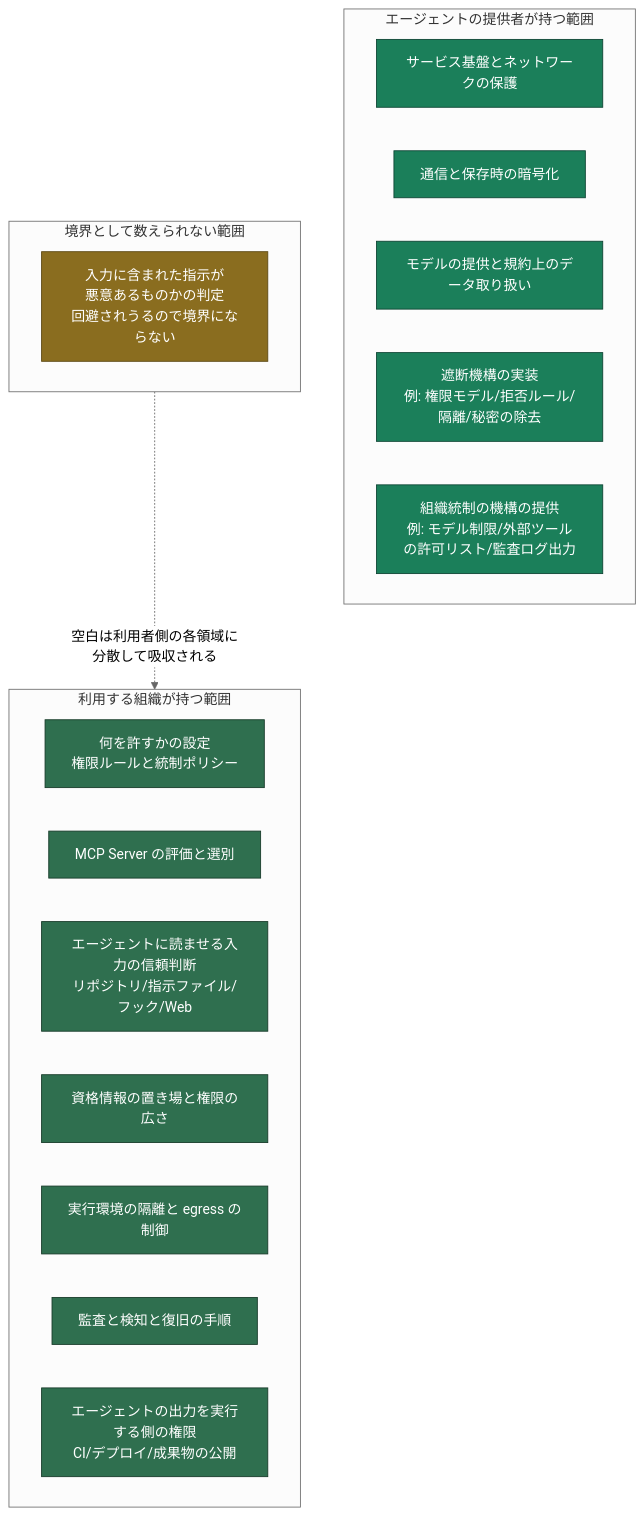
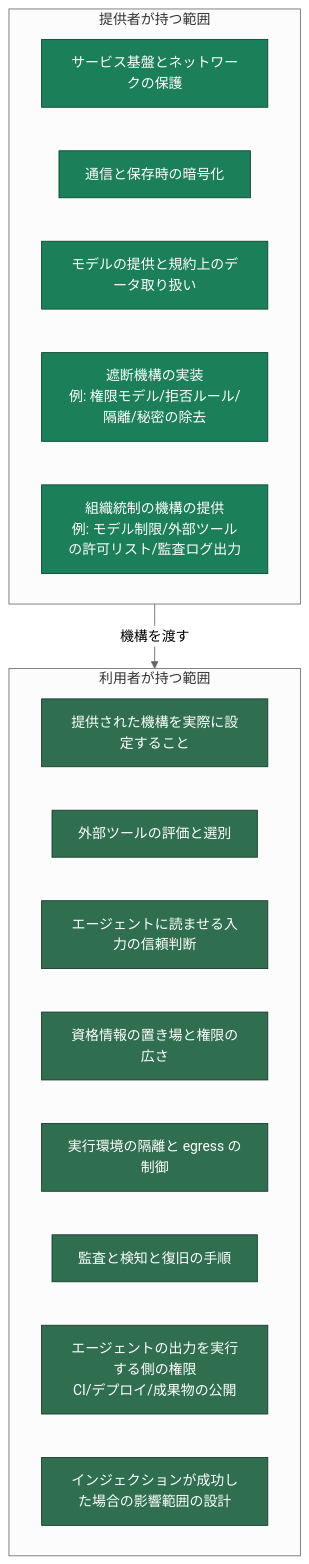
One commit to littlemex/zenn changed the second of 3 diagrams in articles/0f467b2807e1fc.md. Above: the diagram before and after it, drawn with Mermaid (neutral theme). The commit also changed other lines of this file, not shown here.

Commit message:
articles: 責任共有モデルを提供者と利用者の 2 つに整理し、一例であることを明示する

````diff
--- a/articles/0f467b2807e1fc.md
+++ b/articles/0f467b2807e1fc.md
@@ -127,33 +129,28 @@
 ```mermaid
 graph TB
-    subgraph PROVIDER["エージェントの提供者が持つ範囲"]
+    subgraph PROVIDER["提供者が持つ範囲"]
         A1[サービス基盤とネットワークの保護]
         A2[通信と保存時の暗号化]
         A3[モデルの提供と規約上のデータ取り扱い]
         A4[遮断機構の実装<br/>例: 権限モデル/拒否ルール/隔離/秘密の除去]
         A5[組織統制の機構の提供<br/>例: モデル制限/外部ツールの許可リスト/監査ログ出力]
     end
 
-    subgraph GAP["境界として数えられない範囲"]
-        G1[入力に含まれた指示が<br/>悪意あるものかの判定<br/>回避されうるので境界にならない]
-    end
-
-    subgraph CUST["利用する組織が持つ範囲"]
-        C1[何を許すかの設定<br/>権限ルールと統制ポリシー]
-        C2[MCP Server の評価と選別]
-        C3[エージェントに読ませる入力の信頼判断<br/>リポジトリ/指示ファイル/フック/Web]
+    subgraph CUST["利用者が持つ範囲"]
+        C1[提供された機構を実際に設定すること]
+        C2[外部ツールの評価と選別]
+        C3[エージェントに読ませる入力の信頼判断]
         C4[資格情報の置き場と権限の広さ]
         C5[実行環境の隔離と egress の制御]
         C6[監査と検知と復旧の手順]
         C7[エージェントの出力を実行する側の権限<br/>CI/デプロイ/成果物の公開]
+        C8[インジェクションが成功した場合の影響範囲の設計]
     end
 
-    GAP -.->|空白は利用者側の各領域に分散して吸収される| CUST
+    PROVIDER -->|機構を渡す| CUST
 
     classDef provider fill:#1b7f5a,stroke:#0d4433,color:#ffffff
-    classDef gap fill:#8a6d1f,stroke:#5c4813,color:#ffffff
     classDef cust fill:#2f6f4f,stroke:#173a29,color:#ffffff
     class A1,A2,A3,A4,A5 provider
-    class G1 gap
-    class C1,C2,C3,C4,C5,C6,C7 cust
+    class C1,C2,C3,C4,C5,C6,C7,C8 cust
 ```
````
